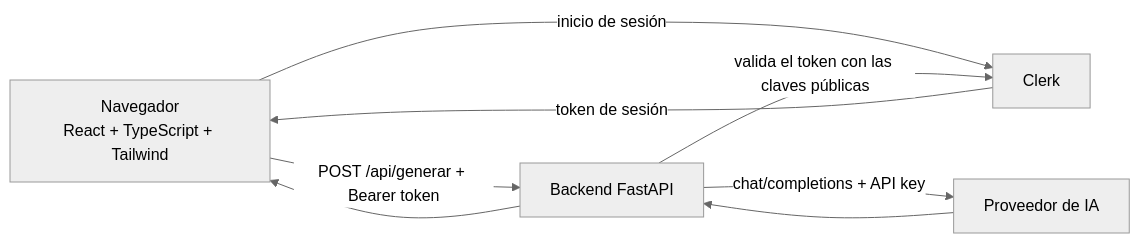
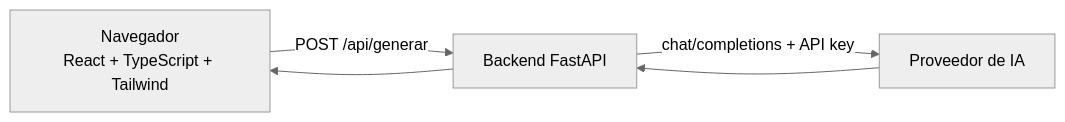
One commit to AlexPuertas/Proyecto-Explotacion-y-despliegue-de-una-aplicacion-con-IA changed the diagram in README.md. Above: the diagram before and after it, drawn with Mermaid (neutral theme). The commit also changed other lines of this file and 16 other files, not shown here.

````diff
--- a/README.md
+++ b/README.md
@@ -11,9 +11,6 @@
 ```mermaid
 flowchart LR
-    N[Navegador<br/>React + TypeScript + Tailwind] -->|inicio de sesión| C[Clerk]
-    C -->|token de sesión| N
-    N -->|POST /api/generar + Bearer token| B[Backend FastAPI]
-    B -->|valida el token con las claves públicas| C
+    N[Navegador<br/>React + TypeScript + Tailwind] -->|POST /api/generar| B[Backend FastAPI]
     B -->|chat/completions + API key| IA[Proveedor de IA]
     IA --> B --> N
 ```
````
